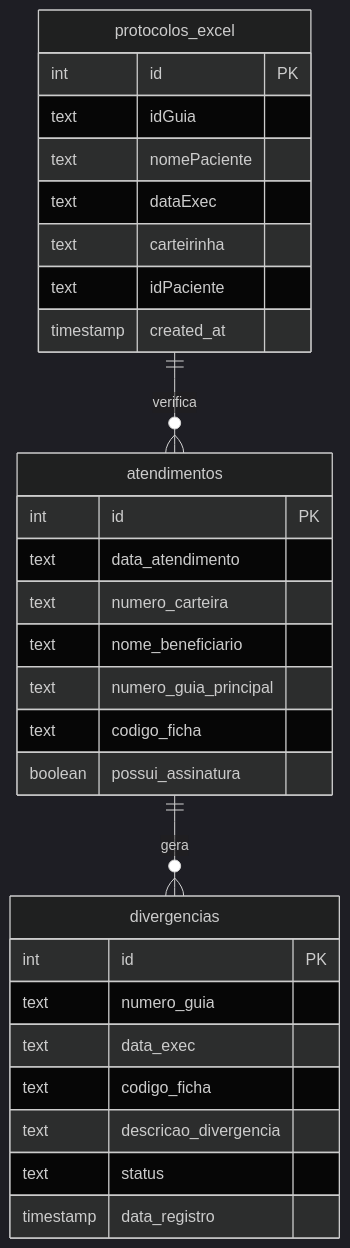
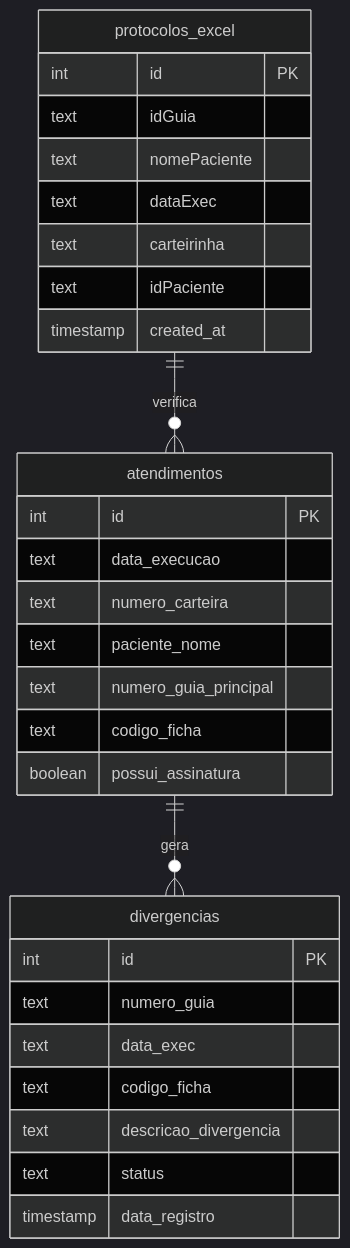
Before and after one commit to LucianoSP/ClinicaLMF2: the diagram in instrucoes/tabelas.md, drawn with Mermaid (dark theme). The commit also changed 21 other files, not shown here.

````diff
--- a/instrucoes/tabelas.md
+++ b/instrucoes/tabelas.md
@@ -5,35 +5,35 @@
 ```mermaid
 erDiagram
     protocolos_excel ||--o{ atendimentos : "verifica"
     atendimentos ||--o{ divergencias : "gera"
 
     protocolos_excel {
         int id PK
         text idGuia
         text nomePaciente
         text dataExec
         text carteirinha
         text idPaciente
         timestamp created_at
     }
 
     atendimentos {
         int id PK
-        text data_atendimento
+        text data_execucao
         text numero_carteira
-        text nome_beneficiario
+        text paciente_nome
         text numero_guia_principal
         text codigo_ficha
         boolean possui_assinatura
     }
 
     divergencias {
         int id PK
         text numero_guia
         text data_exec
         text codigo_ficha
         text descricao_divergencia
         text status
         timestamp data_registro
     }
 ```
````
